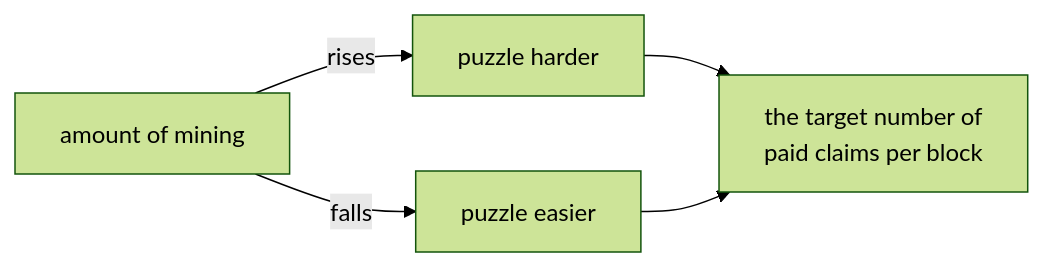
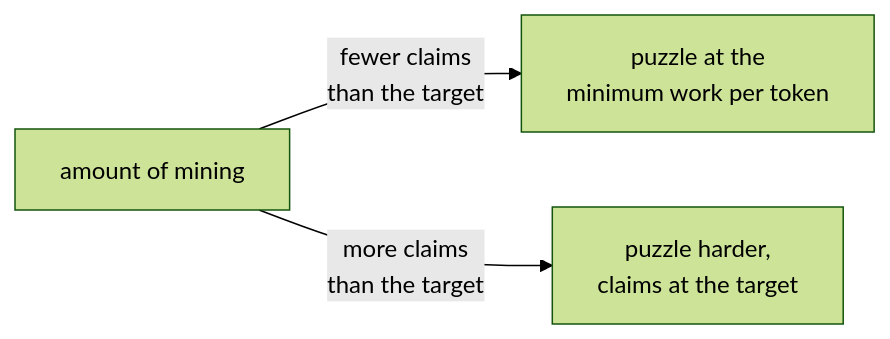
The second of 4 diagrams in docs/blockchain/raw/proof-of-work.md (logos-co/logos-lips), drawn with Mermaid (forest theme) before and after one commit. The commit also changed other lines of this file and 2 other files, not shown here.

First line of the commit message:
docs(blockchain): pay each PoW reward at a work price, up to a claims target

````diff
--- a/docs/blockchain/raw/proof-of-work.md
+++ b/docs/blockchain/raw/proof-of-work.md
@@ -67,7 +67,5 @@
 ```mermaid
 graph LR
-    m["amount of mining"] -- "rises" --> mh["puzzle harder"]
-    m -- "falls" --> me["puzzle easier"]
-    mh --> mt["the target number of<br/>paid claims per block"]
-    me --> mt
+    m["amount of mining"] -- "fewer claims<br/>than the target" --> w["puzzle at the<br/>minimum work per token"]
+    m -- "more claims<br/>than the target" --> h["puzzle harder,<br/>claims at the target"]
 ```
````
